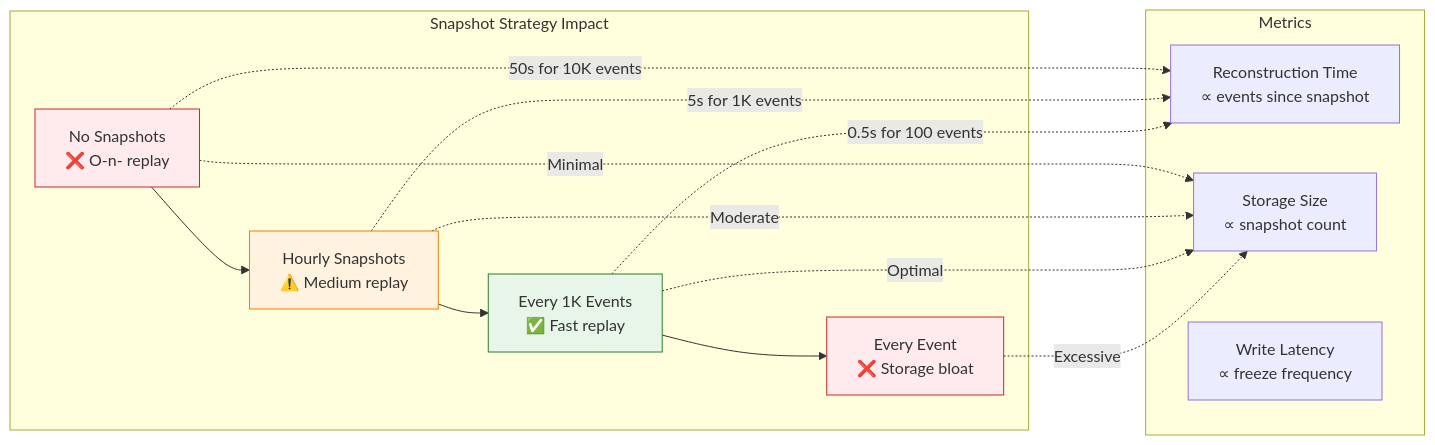
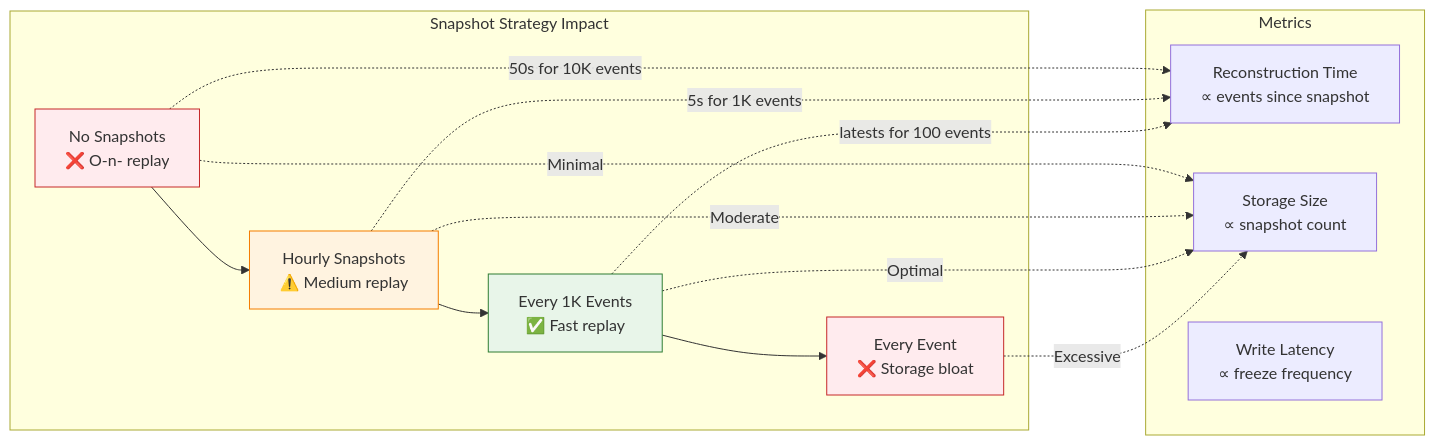
One commit to seanchatmangpt/unrdf changed diagram 13 of 17 in docs/KGC-4D-DOCUMENTATION-DIAGRAMS.md. Above: the diagram before and after it, drawn with Mermaid. The commit also changed other lines of this file and 3567 other files, not shown here.

````diff
--- a/docs/KGC-4D-DOCUMENTATION-DIAGRAMS.md
+++ b/docs/KGC-4D-DOCUMENTATION-DIAGRAMS.md
@@ -442,31 +442,31 @@
 ```mermaid
 graph LR
     subgraph "Snapshot Strategy Impact"
         A[No Snapshots<br/>❌ O-n- replay] --> B[Hourly Snapshots<br/>⚠️ Medium replay]
         B --> C[Every 1K Events<br/>✅ Fast replay]
         C --> D[Every Event<br/>❌ Storage bloat]
     end
 
     subgraph "Metrics"
         E[Reconstruction Time<br/>∝ events since snapshot]
         F[Storage Size<br/>∝ snapshot count]
         G[Write Latency<br/>∝ freeze frequency]
     end
 
     A -.->|50s for 10K events| E
     B -.->|5s for 1K events| E
-    C -.->|0.5s for 100 events| E
+    C -.->|latests for 100 events| E
 
     A -.->|Minimal| F
     B -.->|Moderate| F
     C -.->|Optimal| F
     D -.->|Excessive| F
 
     classDef bad fill:#ffebee,stroke:#c62828
     classDef medium fill:#fff3e0,stroke:#f57c00
     classDef good fill:#e8f5e9,stroke:#2e7d32
 
     class A,D bad
     class B medium
     class C good
 ```
````
